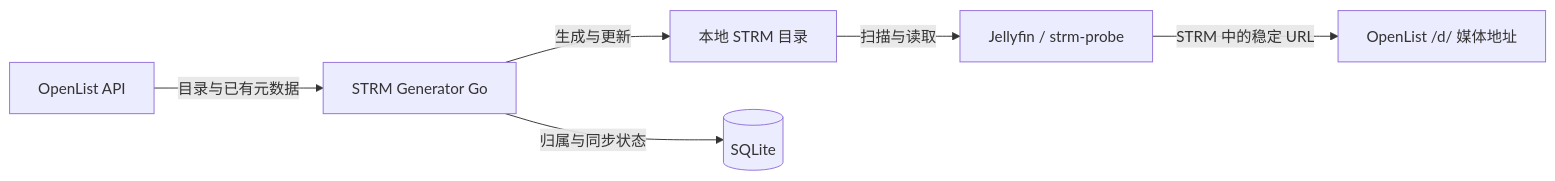
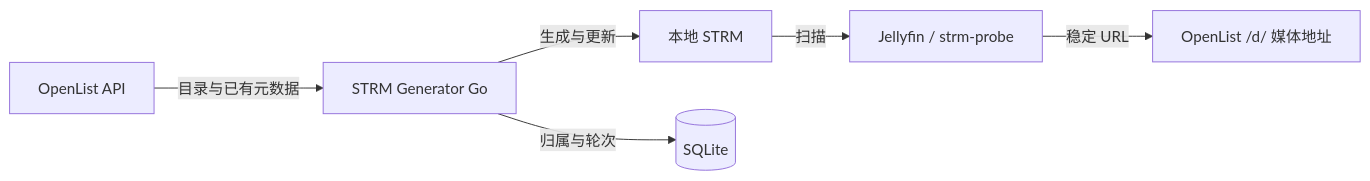
One commit to kentinya/STRM-Generator-GO changed the diagram in README.md. Above: the diagram before and after it, drawn with Mermaid. The commit also changed other lines of this file and 7 other files, not shown here.

````diff
--- a/README.md
+++ b/README.md
@@ -27,8 +20,8 @@
 ```mermaid
 flowchart LR
     O[OpenList API] -->|目录与已有元数据| G[STRM Generator Go]
-    G -->|生成与更新| F[本地 STRM 目录]
-    G -->|归属与同步状态| S[(SQLite)]
-    F -->|扫描与读取| J[Jellyfin / strm-probe]
-    J -->|STRM 中的稳定 URL| D[OpenList /d/ 媒体地址]
+    G -->|生成与更新| F[本地 STRM]
+    G -->|归属与轮次| S[(SQLite)]
+    F -->|扫描| J[Jellyfin / strm-probe]
+    J -->|稳定 URL| D[OpenList /d/ 媒体地址]
 ```
````
